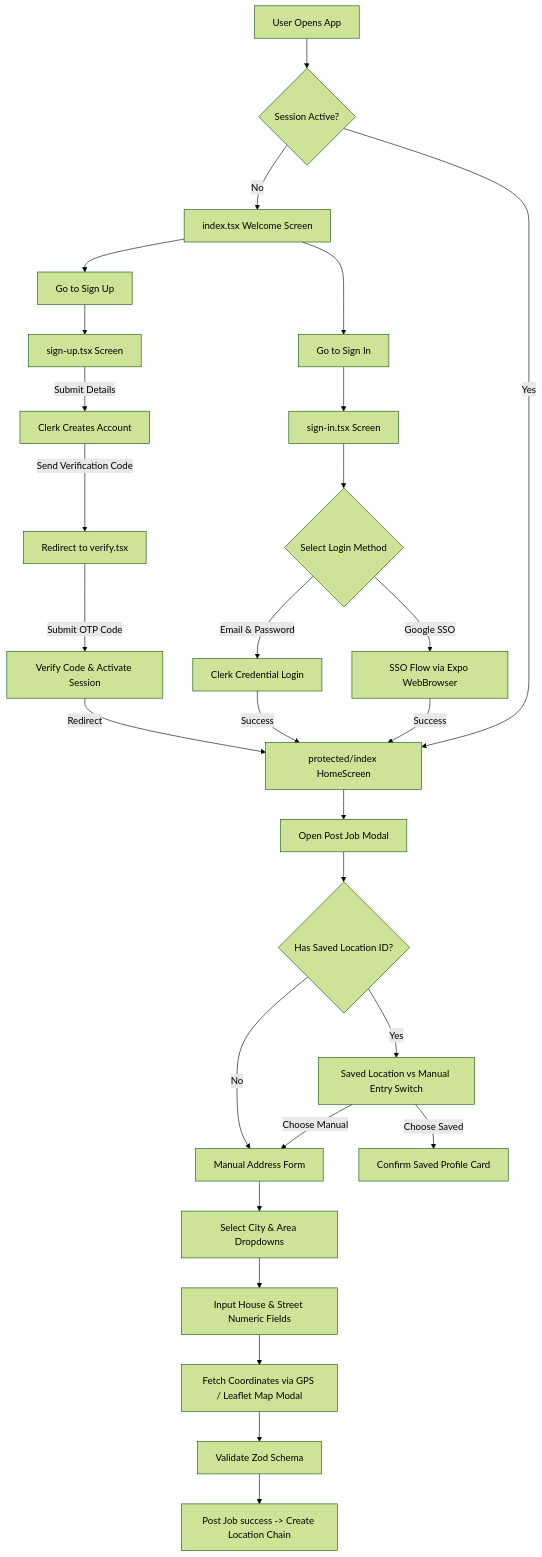
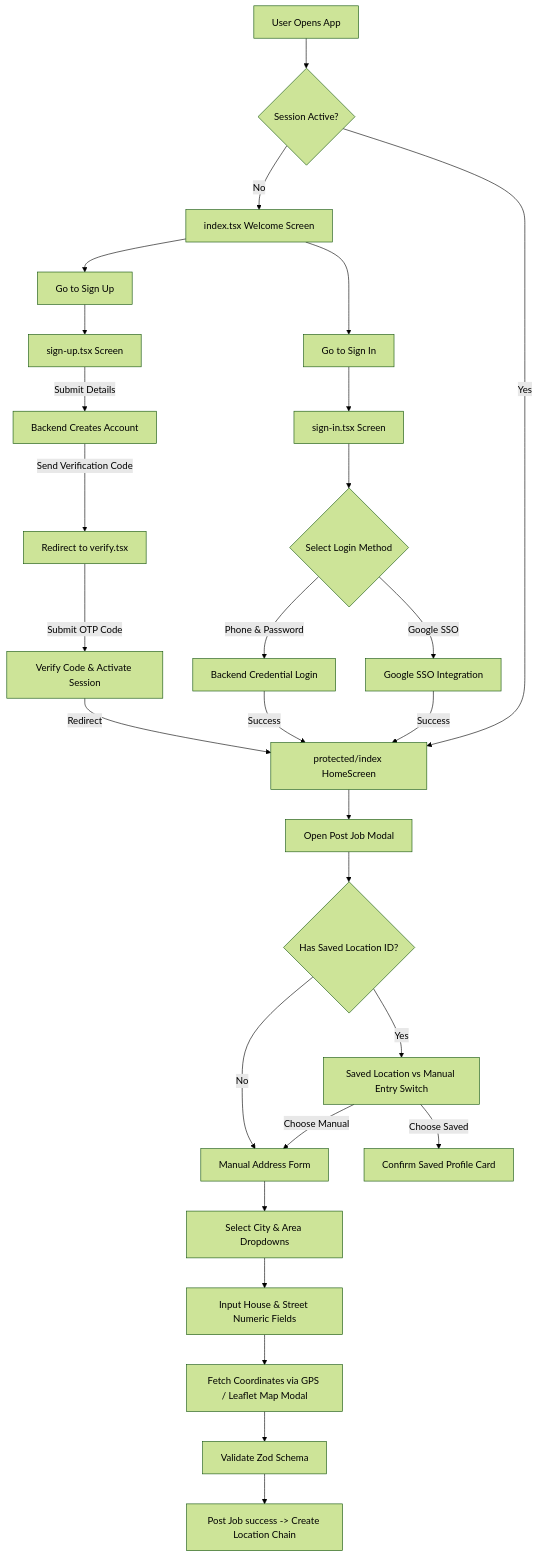
One commit to Shawaiz788/KaamKrwao changed the diagram in README.md. Above: the diagram before and after it, drawn with Mermaid (forest theme). The commit also changed other lines of this file, not shown here.

Commit message:
Fixed:Readme details

````diff
--- a/README.md
+++ b/README.md
@@ -41,43 +41,43 @@
 ```mermaid
 graph TD
     A[User Opens App] --> B{Session Active?}
     
     %% Welcome/Root Flow
     B -- No --> C[index.tsx Welcome Screen]
     C --> D[Go to Sign In]
     C --> E[Go to Sign Up]
     
     %% Sign Up & Verification Flow
     E --> F[sign-up.tsx Screen]
-    F -->|Submit Details| G[Clerk Creates Account]
+    F -->|Submit Details| G[Backend Creates Account]
     G -->|Send Verification Code| H[Redirect to verify.tsx]
     H -->|Submit OTP Code| I[Verify Code & Activate Session]
     I -->|Redirect| J[protected/index HomeScreen]
     
     %% Sign In & SSO Flow
     D --> K[sign-in.tsx Screen]
     K --> L{Select Login Method}
-    L -- Email & Password --> M[Clerk Credential Login]
-    L -- Google SSO --> N[SSO Flow via Expo WebBrowser]
+    L -- Phone & Password --> M[Backend Credential Login]
+    L -- Google SSO --> N[Google SSO Integration]
     
     M -- Success --> J
     N -- Success --> J
     
     %% Protected Route Guards
     B -- Yes --> J
     
     %% Post Job Location Flow
     J --> P[Open Post Job Modal]
     P --> Q{Has Saved Location ID?}
     Q -- Yes --> R[Saved Location vs Manual Entry Switch]
     Q -- No --> S[Manual Address Form]
     
     R -->|Choose Saved| T[Confirm Saved Profile Card]
     R -->|Choose Manual| S
     
     S --> U[Select City & Area Dropdowns]
     U --> V[Input House & Street Numeric Fields]
     V --> W[Fetch Coordinates via GPS / Leaflet Map Modal]
     W --> X[Validate Zod Schema]
     X --> Y[Post Job success -> Create Location Chain]
 ```
````
